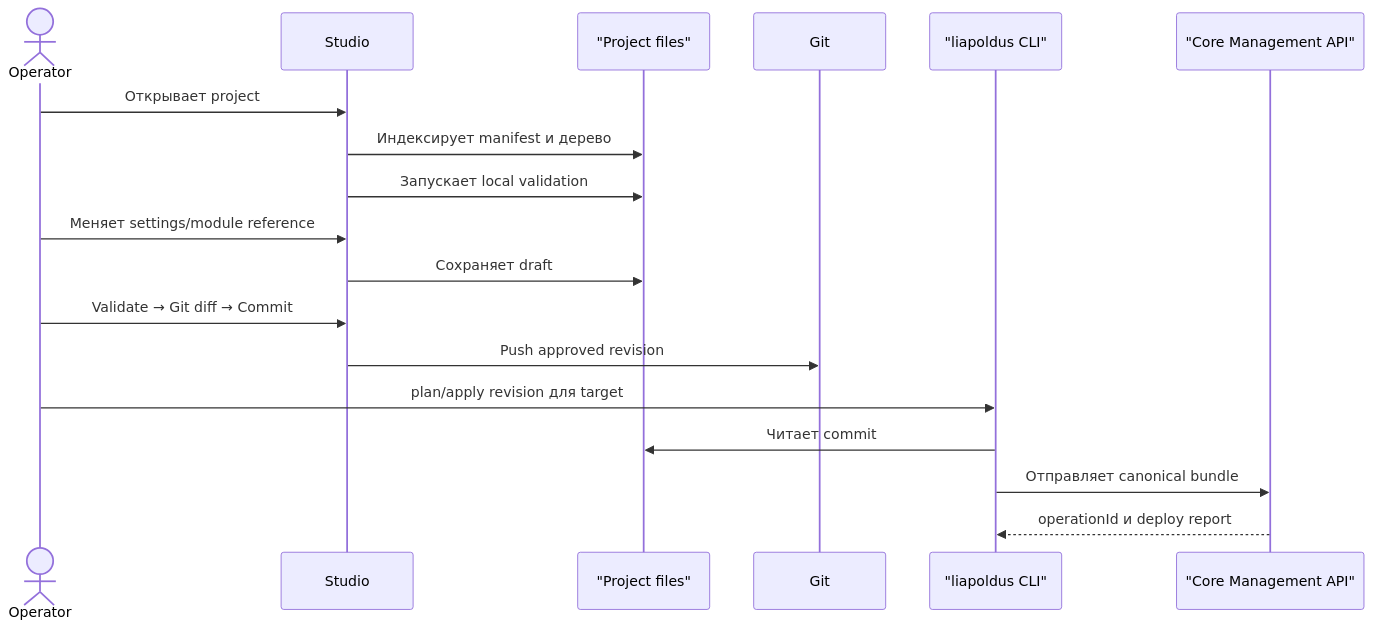
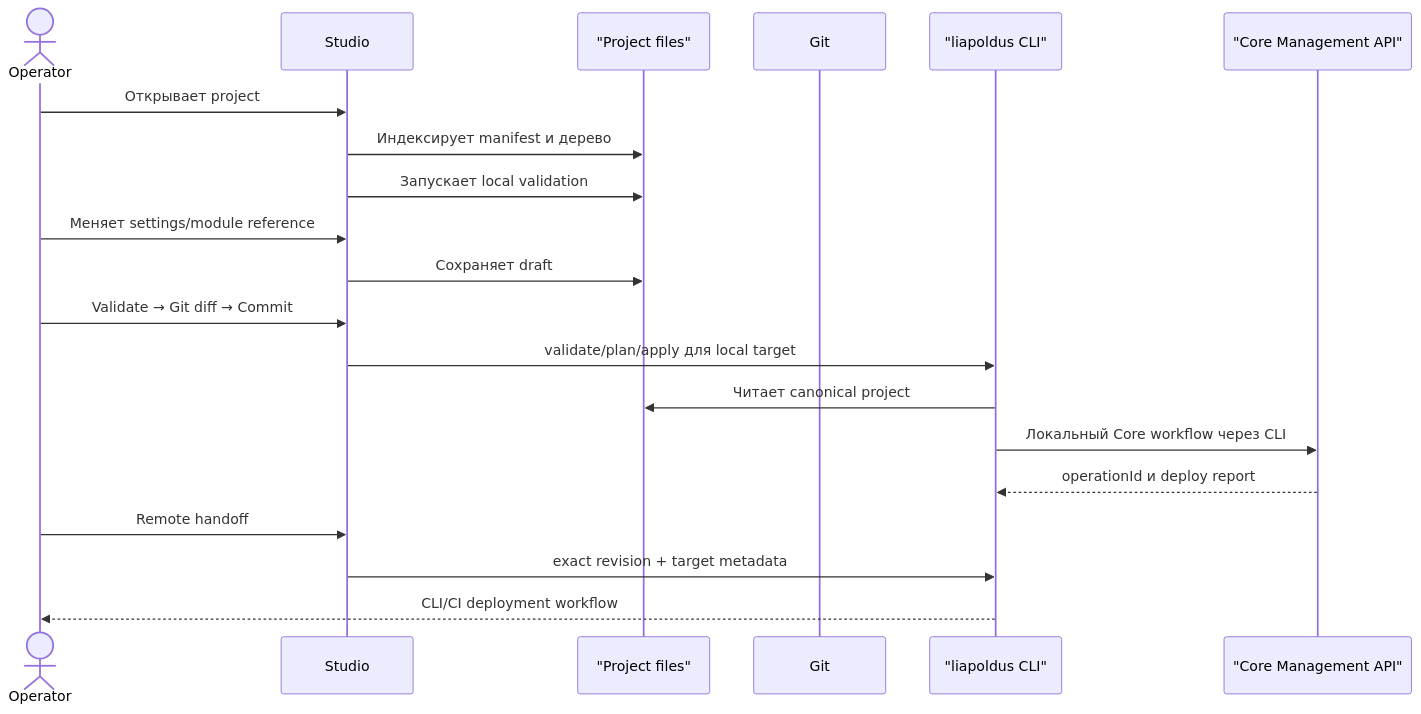
One commit to Liapoldus/studio changed the diagram in docs/project-and-files.md. Above: the diagram before and after it, drawn with Mermaid. The commit also changed other lines of this file and 110 other files, not shown here.

Commit message:
feat: перевести Studio на project workspace v3

````diff
--- a/docs/project-and-files.md
+++ b/docs/project-and-files.md
@@ -113,21 +125,23 @@
 ```mermaid
 sequenceDiagram
     actor Operator
     participant Studio
     participant Files as "Project files"
     participant Git
     participant CLI as "liapoldus CLI"
     participant CoreAPI as "Core Management API"
 
     Operator->>Studio: Открывает project
     Studio->>Files: Индексирует manifest и дерево
     Studio->>Files: Запускает local validation
     Operator->>Studio: Меняет settings/module reference
     Studio->>Files: Сохраняет draft
     Operator->>Studio: Validate → Git diff → Commit
-    Studio->>Git: Push approved revision
-    Operator->>CLI: plan/apply revision для target
-    CLI->>Files: Читает commit
-    CLI->>CoreAPI: Отправляет canonical bundle
+    Studio->>CLI: validate/plan/apply для local target
+    CLI->>Files: Читает canonical project
+    CLI->>CoreAPI: Локальный Core workflow через CLI
     CoreAPI-->>CLI: operationId и deploy report
+    Operator->>Studio: Remote handoff
+    Studio->>CLI: exact revision + target metadata
+    CLI-->>Operator: CLI/CI deployment workflow
 ```
````
